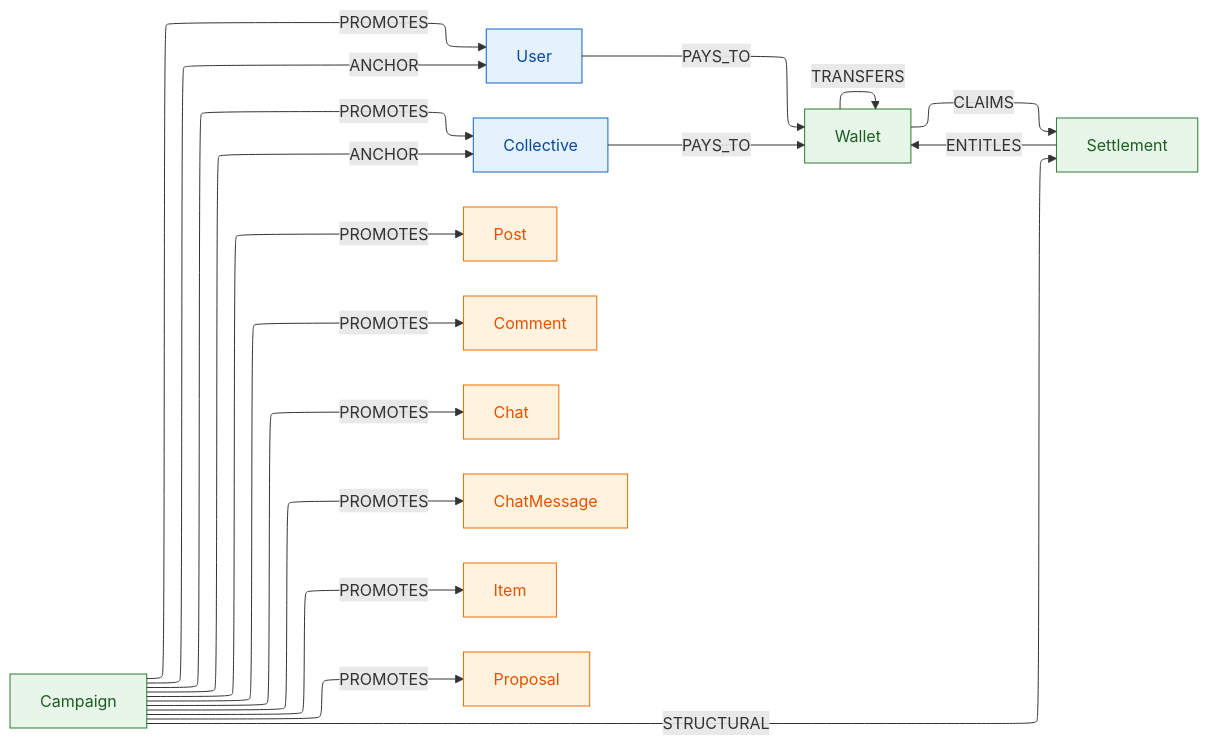
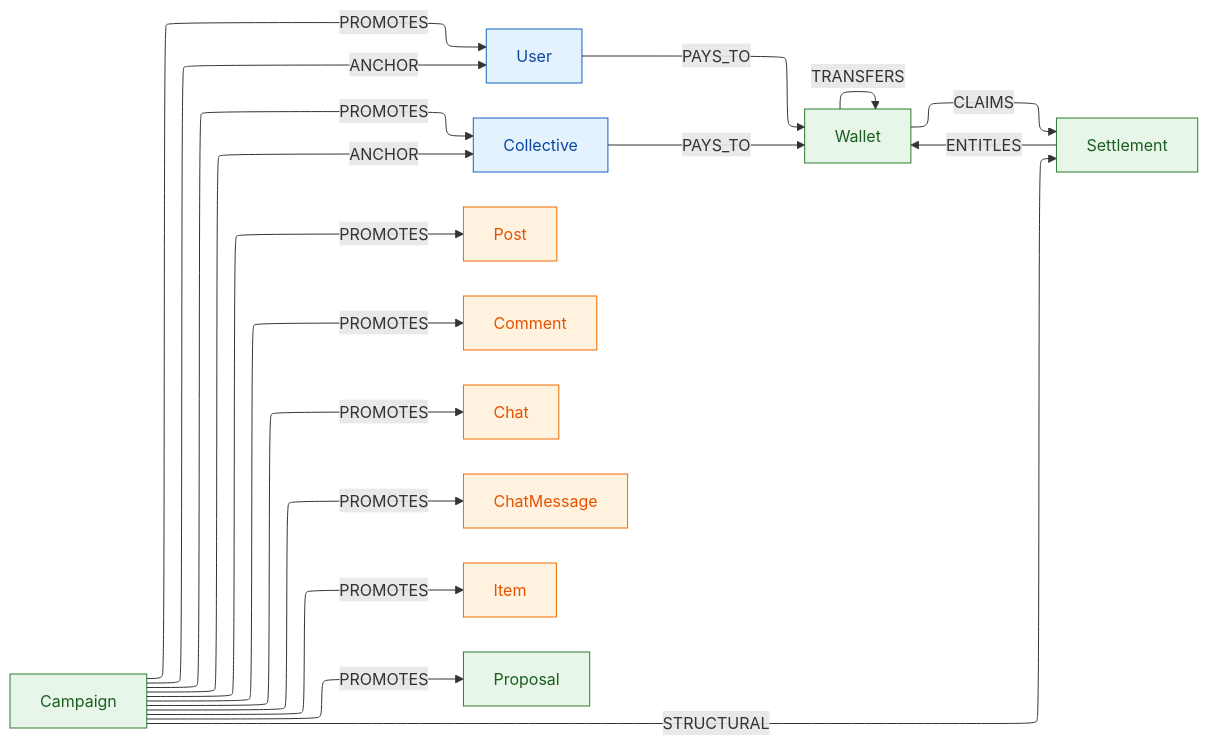
One commit to helping-kaiser/cogra changed the seventh of 7 diagrams in docs/primitive/structural-edge-map.md. Above: the diagram before and after it, drawn with Mermaid. The commit also changed other lines of this file and 6 other files, not shown here.

````diff
--- a/docs/primitive/structural-edge-map.md
+++ b/docs/primitive/structural-edge-map.md
@@ -422,37 +425,37 @@
 ```mermaid
 %%{init: {"flowchart": {"defaultRenderer": "elk"}} }%%
 flowchart LR
     User[User]:::actor
     Collective[Collective]:::actor
     Post[Post]:::content
     Comment[Comment]:::content
     Chat[Chat]:::content
     ChatMessage[ChatMessage]:::content
     Item[Item]:::content
-    Proposal[Proposal]:::content
+    Proposal[Proposal]:::carrier
 
-    Campaign[Campaign]:::economics
-    Settlement[Settlement]:::economics
-    Wallet[Wallet]:::economics
+    Campaign[Campaign]:::carrier
+    Settlement[Settlement]:::carrier
+    Wallet[Wallet]:::carrier
 
     Campaign -->|ANCHOR| User
     Campaign -->|ANCHOR| Collective
     Campaign -->|PROMOTES| User
     Campaign -->|PROMOTES| Collective
     Campaign -->|PROMOTES| Post
     Campaign -->|PROMOTES| Comment
     Campaign -->|PROMOTES| Chat
     Campaign -->|PROMOTES| ChatMessage
     Campaign -->|PROMOTES| Item
     Campaign -->|PROMOTES| Proposal
     Campaign -->|STRUCTURAL| Settlement
     Settlement -->|ENTITLES| Wallet
     Wallet -->|CLAIMS| Settlement
     Wallet -->|TRANSFERS| Wallet
     User -->|PAYS_TO| Wallet
     Collective -->|PAYS_TO| Wallet
 
     classDef actor     fill:#e3f2fd,stroke:#1565c0,color:#0d47a1;
     classDef content   fill:#fff3e0,stroke:#ef6c00,color:#e65100;
-    classDef economics fill:#e8f5e9,stroke:#2e7d32,color:#1b5e20;
+    classDef carrier   fill:#e8f5e9,stroke:#2e7d32,color:#1b5e20;
 ```
````
